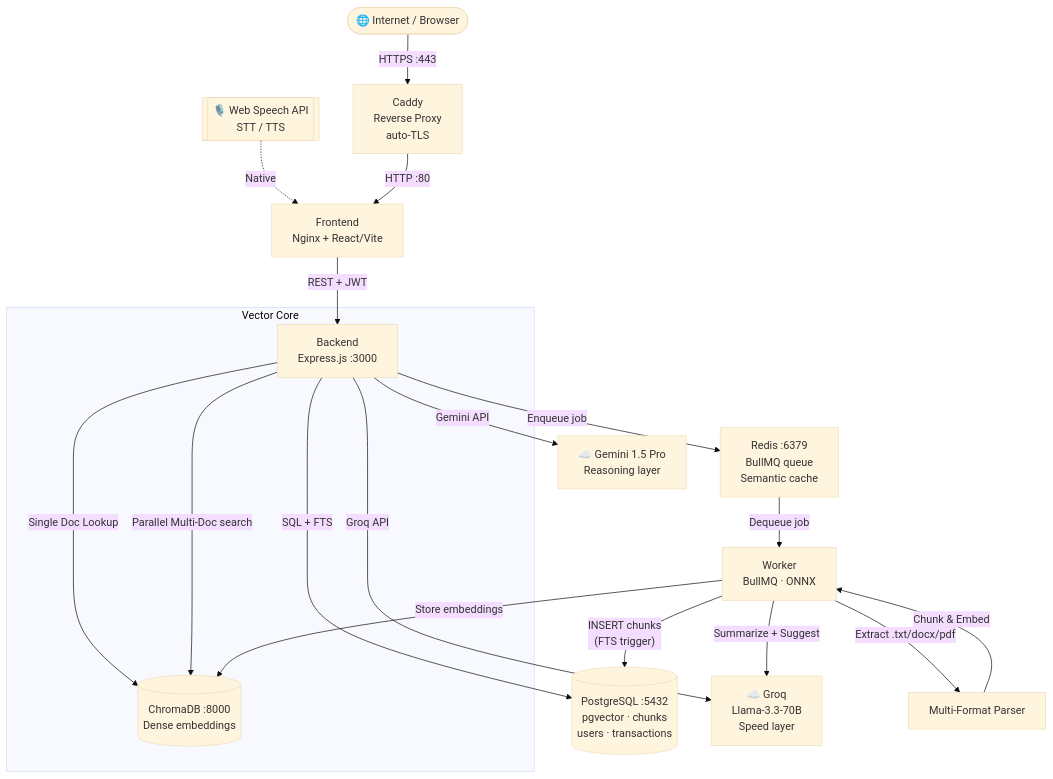
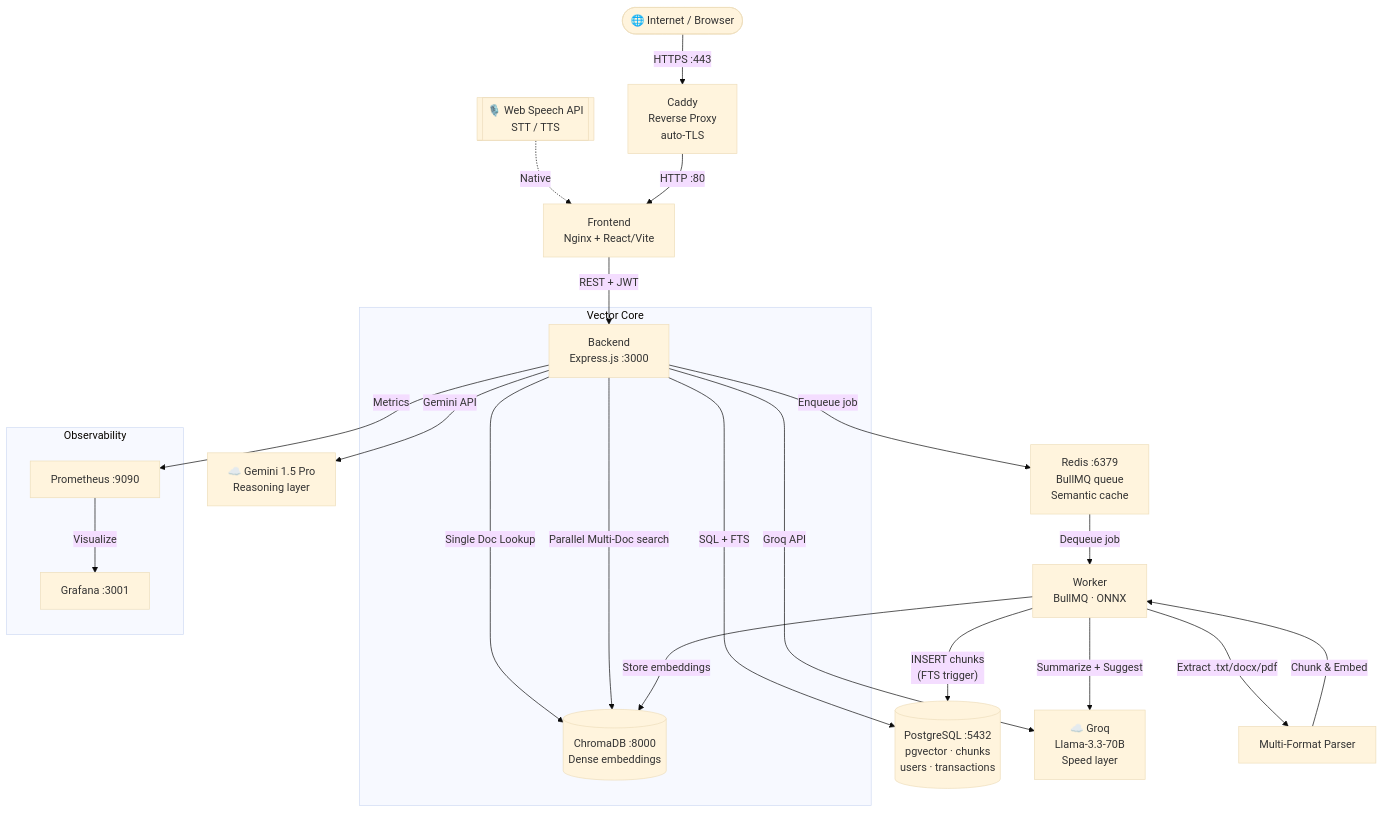
Before and after one commit to rajakumar123-commit/nexasense-ai-assistant: the first of 6 diagrams in README.md, drawn with Mermaid (base theme). The commit also changed other lines of this file and 22 other files, not shown here.

````diff
--- a/README.md
+++ b/README.md
@@ -206,31 +212,36 @@
 ```mermaid
 graph TD
     Internet(["🌐 Internet / Browser"])
     Voice[["🎙️ Web Speech API\nSTT / TTS"]]
     
     Internet -->|"HTTPS :443"| Caddy["Caddy\nReverse Proxy\nauto-TLS"]
     Voice -.->|"Native"| FE
     Caddy -->|"HTTP :80"| FE["Frontend\nNginx + React/Vite"]
 
     FE -->|"REST + JWT"| BE["Backend\nExpress.js :3000"]
 
     BE -->|"Enqueue job"| Redis["Redis :6379\nBullMQ queue\nSemantic cache"]
     BE -->|"SQL + FTS"| PG[("PostgreSQL :5432\npgvector · chunks\nusers · transactions")]
     
     subgraph "Vector Core"
         BE -->|"Single Doc Lookup"| Chroma[("ChromaDB :8000\nDense embeddings")]
         BE -->|"Parallel Multi-Doc search"| Chroma
     end
 
     BE -->|"Groq API"| Groq["☁️ Groq\nLlama-3.3-70B\nSpeed layer"]
     BE -->|"Gemini API"| Gemini["☁️ Gemini 1.5 Pro\nReasoning layer"]
 
     Redis -->|"Dequeue job"| Worker["Worker\nBullMQ · ONNX"]
     
     Worker -->|"Extract .txt/docx/pdf"| Parse["Multi-Format Parser"]
     Parse -->|"Chunk & Embed"| Worker
     
     Worker -->|"INSERT chunks\n(FTS trigger)"| PG
     Worker -->|"Store embeddings"| Chroma
     Worker -->|"Summarize + Suggest"| Groq
+
+    subgraph "Observability"
+        BE -->|"Metrics"| Prom["Prometheus :9090"]
+        Prom -->|"Visualize"| Graf["Grafana :3001"]
+    end
 ```
````
